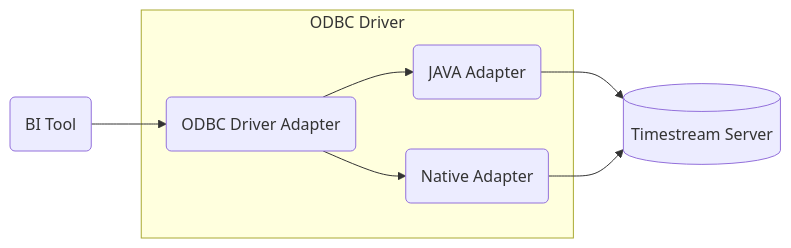
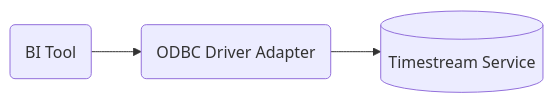
One commit to Bit-Quill/amazon-timestream-odbc-driver changed the diagram in docs/markdown/index.md. Above: the diagram before and after it, drawn with Mermaid. The commit also changed other lines of this file and 121 other files, not shown here.

````diff
--- a/docs/markdown/index.md
+++ b/docs/markdown/index.md
@@ -18,10 +16,4 @@
 ```mermaid
 graph LR
-    A(BI Tool) --> B(ODBC Driver Adapter)
-    subgraph Driver [ODBC Driver]
-    B --> C(JAVA Adapter)
-    B --> D(Native Adapter)
-    end
-    C --> E[(Timestream Server)]
-    D --> E 
+    A(BI Tool) --> B(ODBC Driver Adapter) --> C[(Timestream Service)]
 ```
````
